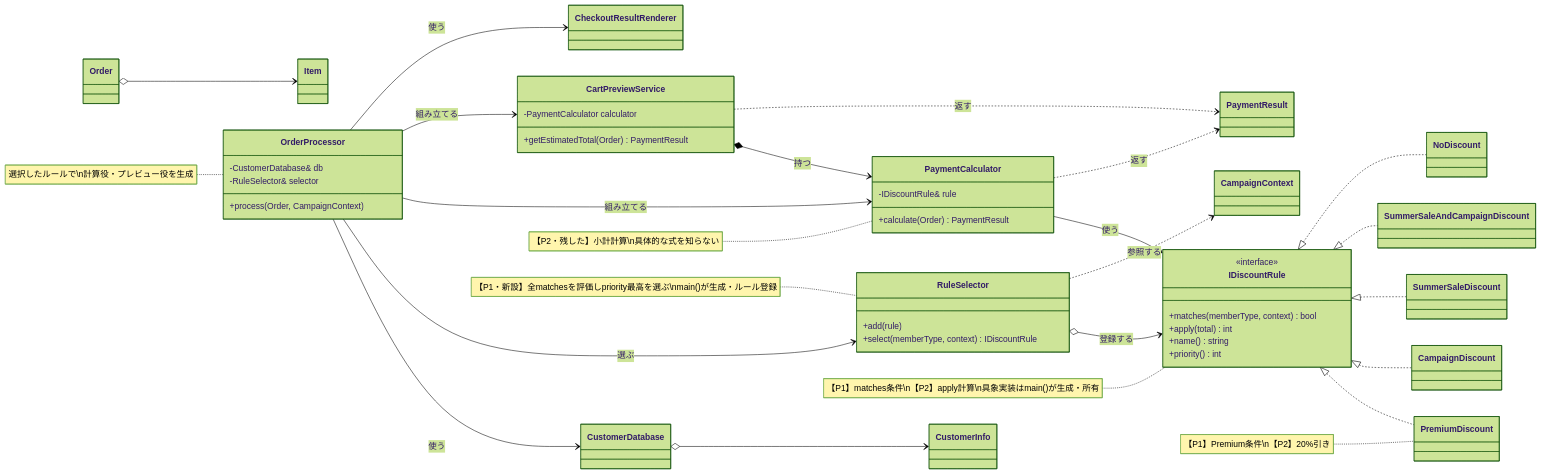
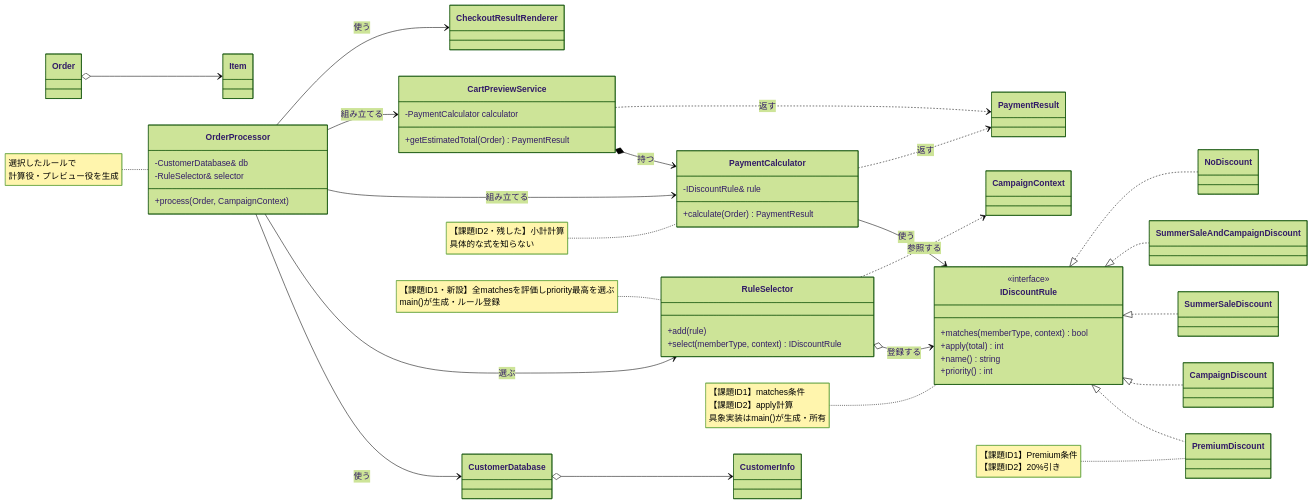
Before and after one commit to kumachan1101-pixel/DesignPattern: the tenth of 15 diagrams in kindle/design-patterns/output/chapter01.md, drawn with Mermaid (forest theme). The commit also changed other lines of this file and 43 other files, not shown here.

````diff
--- a/kindle/design-patterns/output/chapter01.md
+++ b/kindle/design-patterns/output/chapter01.md
@@ -1276,68 +1336,68 @@
 ```mermaid
 classDiagram
     direction LR
     class Item
     class Order
     class CampaignContext
     class CustomerInfo
     class CustomerDatabase
     class CheckoutResultRenderer
     class OrderProcessor {
         -CustomerDatabase& db
         -RuleSelector& selector
         +process(Order, CampaignContext)
     }
     class PaymentResult
     class PaymentCalculator {
         -IDiscountRule& rule
         +calculate(Order) PaymentResult
     }
     class CartPreviewService {
         -PaymentCalculator calculator
         +getEstimatedTotal(Order) PaymentResult
     }
     class IDiscountRule {
         <<interface>>
         +matches(memberType, context) bool
         +apply(total) int
         +name() string
         +priority() int
     }
     class RuleSelector {
         +add(rule)
         +select(memberType, context) IDiscountRule
     }
     class PremiumDiscount
     class CampaignDiscount
     class SummerSaleDiscount
     class SummerSaleAndCampaignDiscount
     class NoDiscount
 
     Order o--> Item
     CustomerDatabase o--> CustomerInfo
     OrderProcessor --> CustomerDatabase : 使う
     OrderProcessor --> RuleSelector : 選ぶ
     OrderProcessor --> PaymentCalculator : 組み立てる
     OrderProcessor --> CartPreviewService : 組み立てる
     OrderProcessor --> CheckoutResultRenderer : 使う
     CartPreviewService *--> PaymentCalculator : 持つ
     PaymentCalculator --> IDiscountRule : 使う
     PaymentCalculator ..> PaymentResult : 返す
     CartPreviewService ..> PaymentResult : 返す
     RuleSelector o--> IDiscountRule : 登録する
     RuleSelector ..> CampaignContext : 参照する
     IDiscountRule <|.. PremiumDiscount
     IDiscountRule <|.. CampaignDiscount
     IDiscountRule <|.. SummerSaleDiscount
     IDiscountRule <|.. SummerSaleAndCampaignDiscount
     IDiscountRule <|.. NoDiscount
 
-    note for PaymentCalculator "【P2・残した】小計計算\n具体的な式を知らない"
-    note for OrderProcessor "選択したルールで\n計算役・プレビュー役を生成"
-    note for IDiscountRule "【P1】matches条件\n【P2】apply計算\n具象実装はmain()が生成・所有"
-    note for RuleSelector "【P1・新設】全matchesを評価しpriority最高を選ぶ\nmain()が生成・ルール登録"
-    note for PremiumDiscount "【P1】Premium条件\n【P2】20%引き"
+    note for PaymentCalculator "【課題ID2・残した】小計計算<br/>具体的な式を知らない"
+    note for OrderProcessor "選択したルールで<br/>計算役・プレビュー役を生成"
+    note for IDiscountRule "【課題ID1】matches条件<br/>【課題ID2】apply計算<br/>具象実装はmain()が生成・所有"
+    note for RuleSelector "【課題ID1・新設】全matchesを評価しpriority最高を選ぶ<br/>main()が生成・ルール登録"
+    note for PremiumDiscount "【課題ID1】Premium条件<br/>【課題ID2】20%引き"
 
     classDef focus fill:#FFF2CC,stroke:#D6B656,stroke-width:2px,color:#222222
     cssClass "OrderProcessor,PaymentCalculator,IDiscountRule,RuleSelector,PremiumDiscount,CampaignDiscount,SummerSaleDiscount,SummerSaleAndCampaignDiscount,NoDiscount" focus
 ```
````
